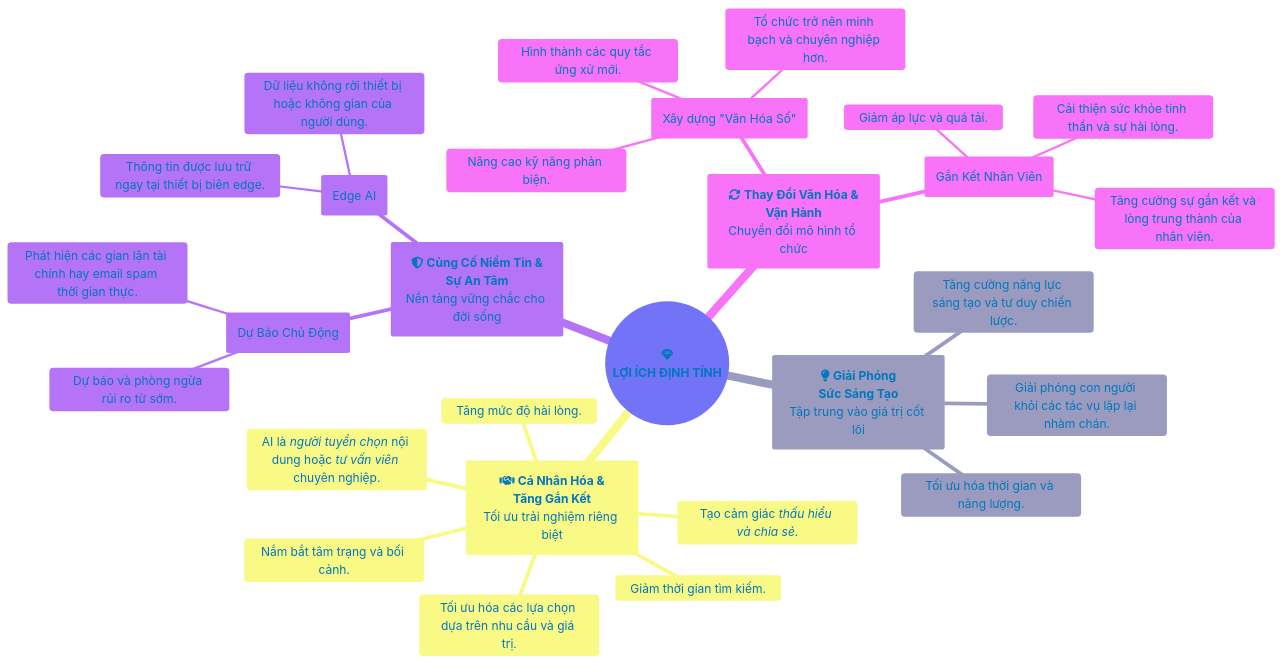
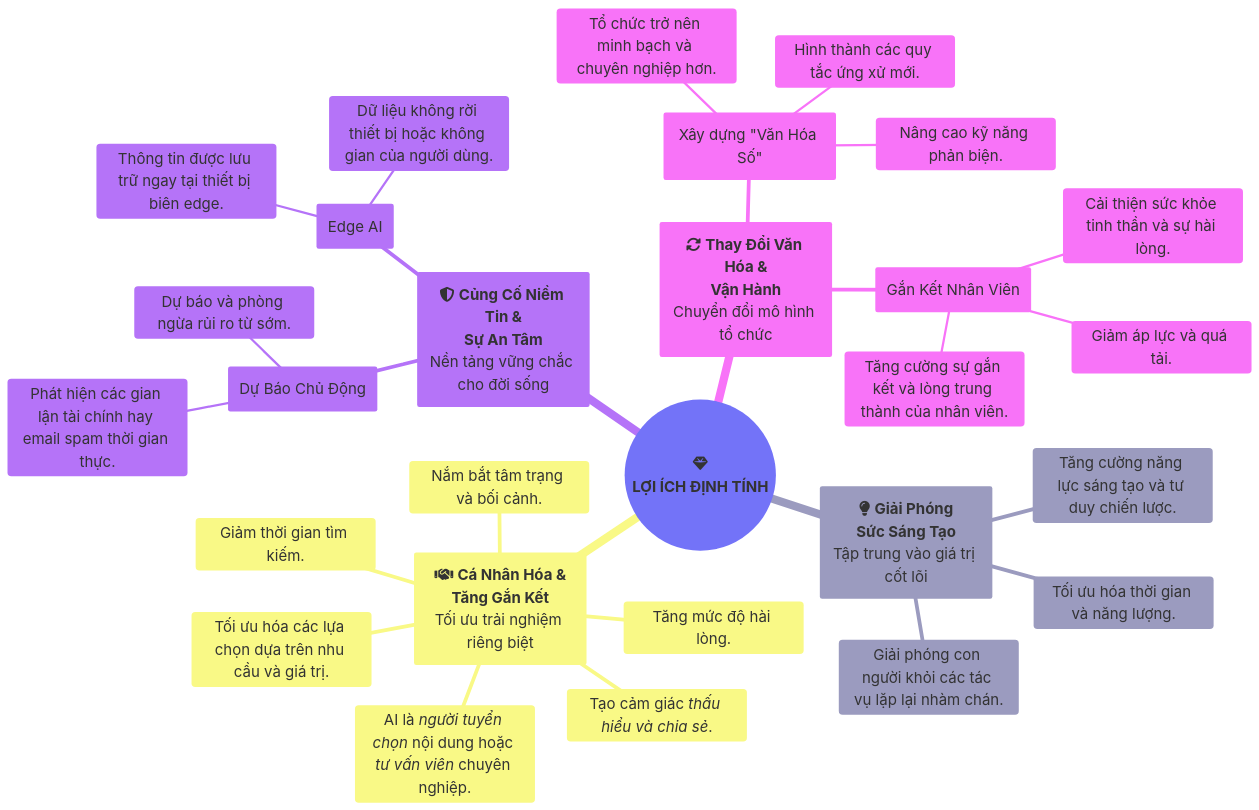
One commit to sam-uit/typst-report-template changed the diagram in content/diagrams/chuong04-loiichdinhtinh.mmd. Above: the diagram before and after it, drawn with Mermaid.

```diff
--- a/content/diagrams/chuong04-loiichdinhtinh.mmd
+++ b/content/diagrams/chuong04-loiichdinhtinh.mmd
@@ -1,40 +1,36 @@
 ---
 config:
   theme: neo
   themeVariables:
-    primaryColor: '#e1f5fe'
-    primaryTextColor: '#0277bd'
-    primaryBorderColor: '#0288d1'
-    lineColor: '#0288d1'
     fontFamily: 'Google Sans'
-    fontSize: 16px
+    fontSize: 20px
 ---
 mindmap
 root((fa:fa-gem <br/>**LỢI ÍCH ĐỊNH TÍNH**))
   (fa:fa-lightbulb **Giải Phóng<br/>Sức Sáng Tạo**<br/>Tập trung vào giá trị cốt lõi)
     Giải phóng con người khỏi các tác vụ lặp lại nhàm chán.
     Tăng cường năng lực sáng tạo và tư duy chiến lược.
     Tối ưu hóa thời gian và năng lượng.
   (fa:fa-handshake **Cá Nhân Hóa &<br/>Tăng Gắn Kết**<br/>Tối ưu trải nghiệm riêng biệt)
     AI là *người tuyển chọn* nội dung hoặc *tư vấn viên* chuyên nghiệp.
     Nắm bắt tâm trạng và bối cảnh.
     Tạo cảm giác *thấu hiểu và chia sẻ*.
     Tối ưu hóa các lựa chọn dựa trên nhu cầu và giá trị.
     Giảm thời gian tìm kiếm.
     Tăng mức độ hài lòng.
   (fa:fa-shield-alt **Củng Cố Niềm Tin &<br/>Sự An Tâm**<br/>Nền tảng vững chắc cho đời sống)
     (Dự Báo Chủ Động)
         Dự báo và phòng ngừa rủi ro từ sớm.
         Phát hiện các gian lận tài chính hay email spam thời gian thực.
     (Edge AI)
       Thông tin được lưu trữ ngay tại thiết bị biên edge.
       Dữ liệu không rời thiết bị hoặc không gian của người dùng.
   (fa:fa-sync-alt **Thay Đổi Văn Hóa &<br/>Vận Hành**<br/>Chuyển đổi mô hình tổ chức)
     (Xây dựng "Văn Hóa Số")
       Hình thành các quy tắc ứng xử mới.
       Nâng cao kỹ năng phản biện.
       Tổ chức trở nên minh bạch và chuyên nghiệp hơn.
     (Gắn Kết Nhân Viên)
       Giảm áp lực và quá tải.
       Cải thiện sức khỏe tinh thần và sự hài lòng.
       Tăng cường sự gắn kết và lòng trung thành của nhân viên.
```
